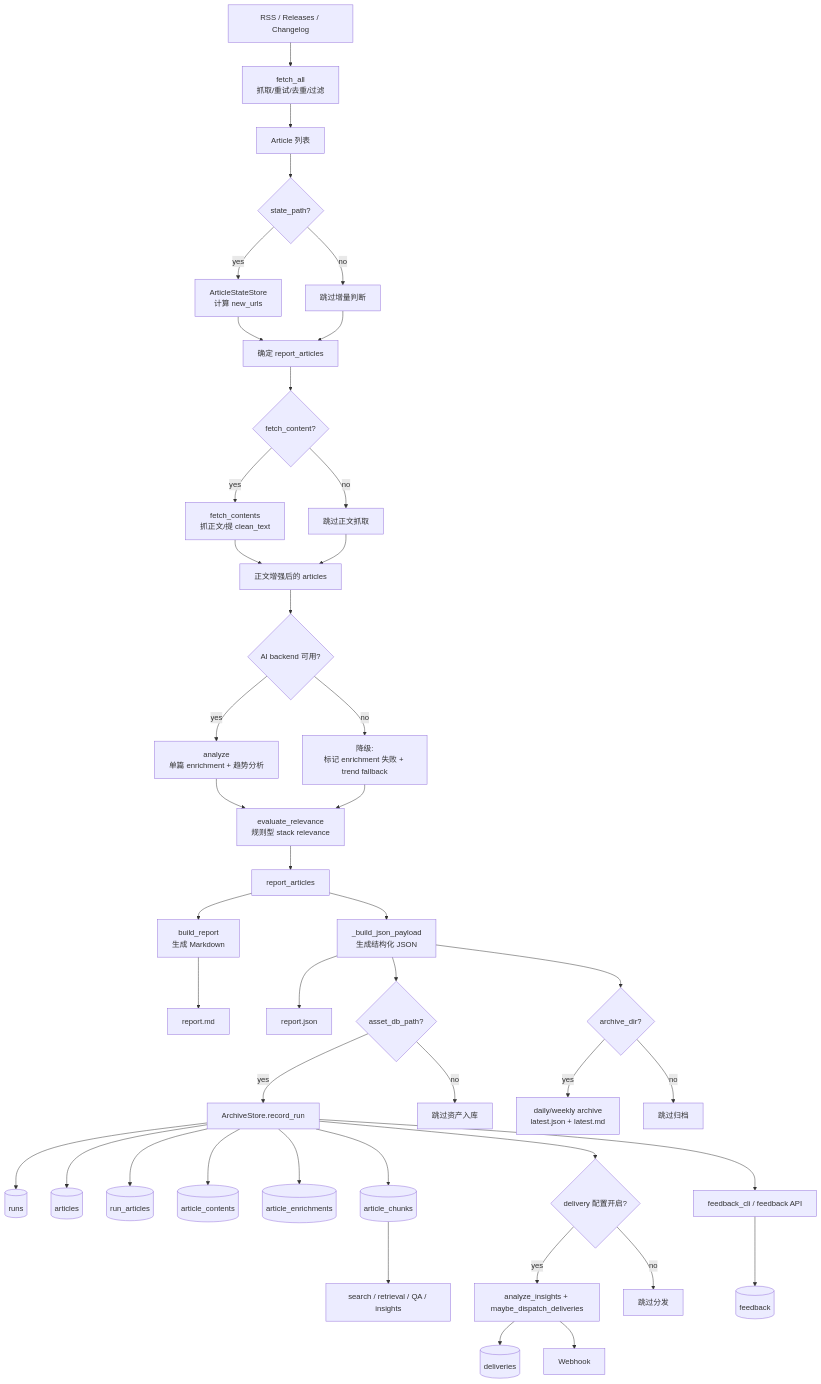
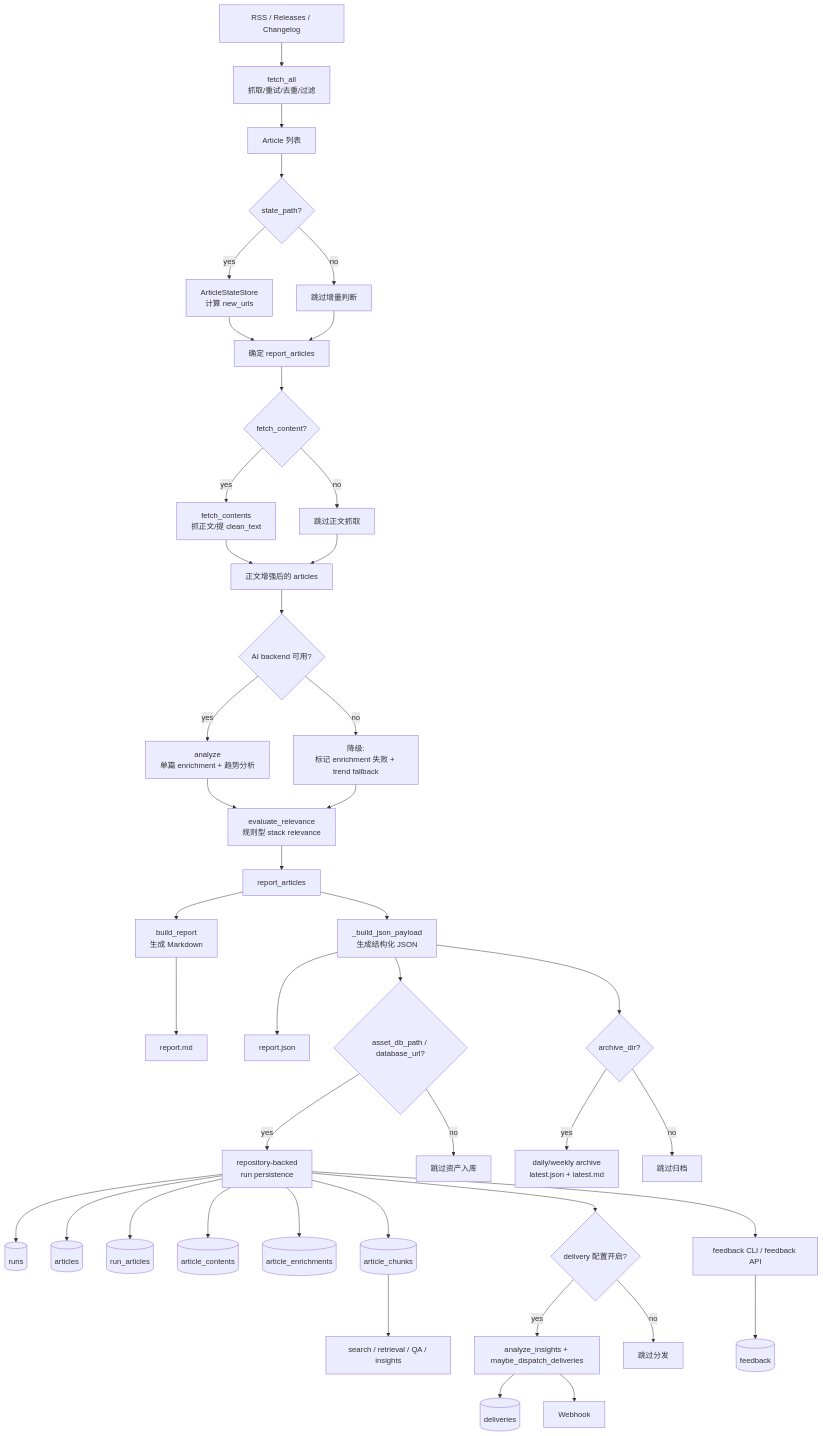
The diagram in products/tech_blog_monitor/README.md (paranoidrain-L/darkroom-monorepo), drawn with Mermaid before and after one commit. The commit also changed other lines of this file and 2 other files, not shown here.

````diff
--- a/products/tech_blog_monitor/README.md
+++ b/products/tech_blog_monitor/README.md
@@ -119,54 +181,54 @@
 ```mermaid
 flowchart TD
     A[RSS / Releases / Changelog] --> B[fetch_all<br/>抓取/重试/去重/过滤]
     B --> C[Article 列表]
     C --> D{state_path?}
     D -- yes --> E[ArticleStateStore<br/>计算 new_urls]
     D -- no --> F[跳过增量判断]
     E --> G[确定 report_articles]
     F --> G
 
     G --> H{fetch_content?}
     H -- yes --> I[fetch_contents<br/>抓正文/提 clean_text]
     H -- no --> J[跳过正文抓取]
     I --> K[正文增强后的 articles]
     J --> K
 
     K --> L{AI backend 可用?}
     L -- yes --> M[analyze<br/>单篇 enrichment + 趋势分析]
     L -- no --> N[降级:<br/>标记 enrichment 失败 + trend fallback]
     M --> O[evaluate_relevance<br/>规则型 stack relevance]
     N --> O
     O --> O1[report_articles]
 
     O1 --> P[build_report<br/>生成 Markdown]
     O1 --> Q[_build_json_payload<br/>生成结构化 JSON]
 
     P --> R[report.md]
     Q --> S[report.json]
 
-    Q --> T{asset_db_path?}
-    T -- yes --> U[ArchiveStore.record_run]
+    Q --> T{asset_db_path / database_url?}
+    T -- yes --> U[repository-backed<br/>run persistence]
     T -- no --> V[跳过资产入库]
 
     U --> U1[(runs)]
     U --> U2[(articles)]
     U --> U3[(run_articles)]
     U --> U4[(article_contents)]
     U --> U5[(article_enrichments)]
     U --> U6[(article_chunks)]
 
     U6 --> W[search / retrieval / QA / insights]
     U --> X{delivery 配置开启?}
     X -- yes --> Y[analyze_insights + maybe_dispatch_deliveries]
     Y --> Y1[(deliveries)]
     Y --> Z[Webhook]
     X -- no --> AA[跳过分发]
 
-    U --> AB[feedback_cli / feedback API]
+    U --> AB[feedback CLI / feedback API]
     AB --> AC[(feedback)]
 
     Q --> AD{archive_dir?}
     AD -- yes --> AE[daily/weekly archive<br/>latest.json + latest.md]
     AD -- no --> AF[跳过归档]
 ```
````
